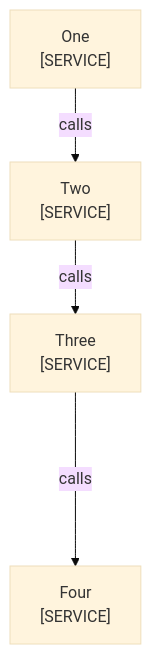
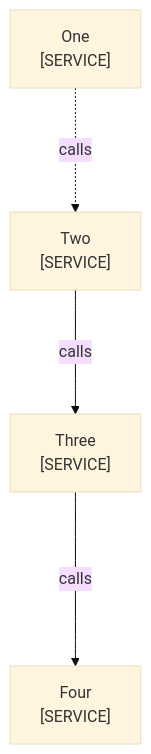
The diagram in skills/docsmith/scripts/fixtures/bad/mmd-long-arrow.md (choonchernlim/skills), drawn with Mermaid (base theme) before and after one commit. The commit also changed other lines of this file and 16 other files, not shown here.

Commit message:
feat: enhance Mermaid documentation with color guidelines and examples

````diff
--- a/skills/docsmith/scripts/fixtures/bad/mmd-long-arrow.md
+++ b/skills/docsmith/scripts/fixtures/bad/mmd-long-arrow.md
@@ -12,10 +12,10 @@
 ```mermaid
 graph TD
   One["One<br/>[SERVICE]"]
   Two["Two<br/>[SERVICE]"]
   Three["Three<br/>[SERVICE]"]
   Four["Four<br/>[SERVICE]"]
-  One -->|"calls"| Two
-  Two -->|"calls"| Three
+  One -. "calls" ..-> Two
+  Two --->|"calls"| Three
   Three ---->|"calls"| Four
 ```
````
